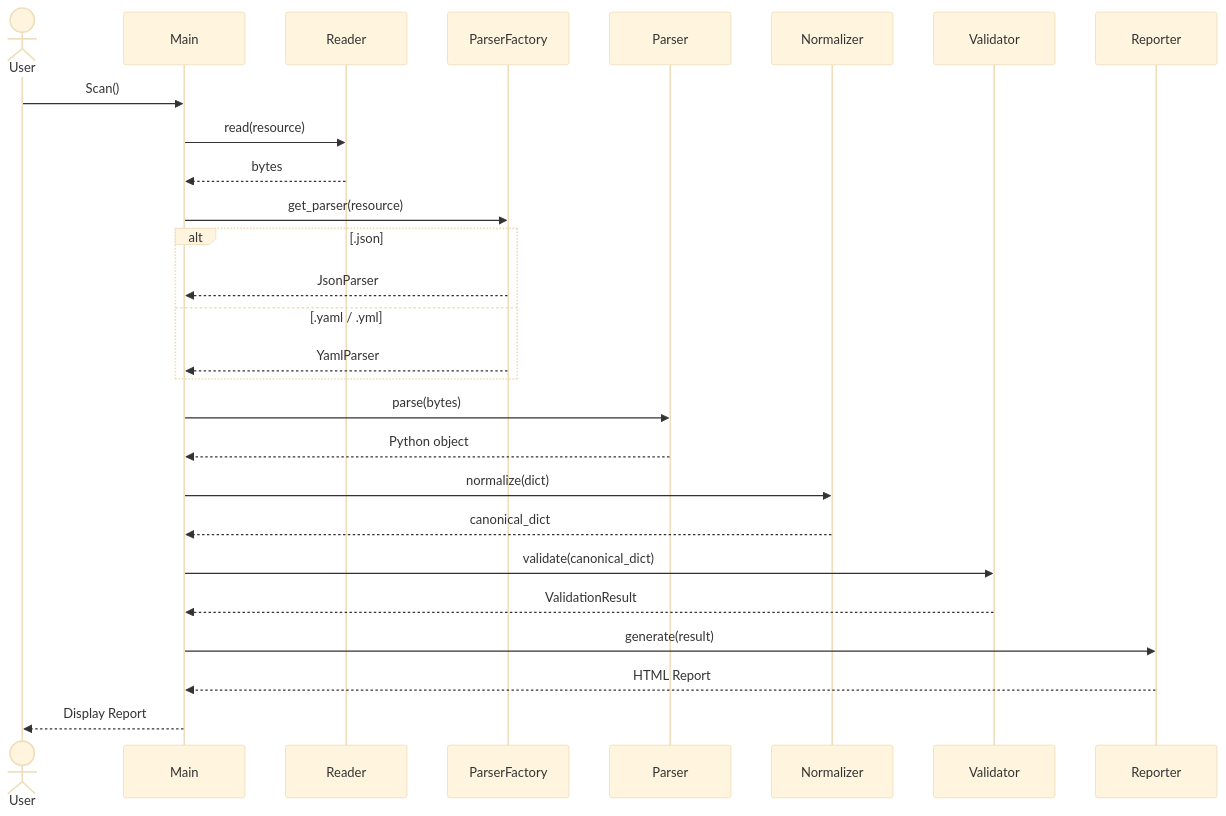
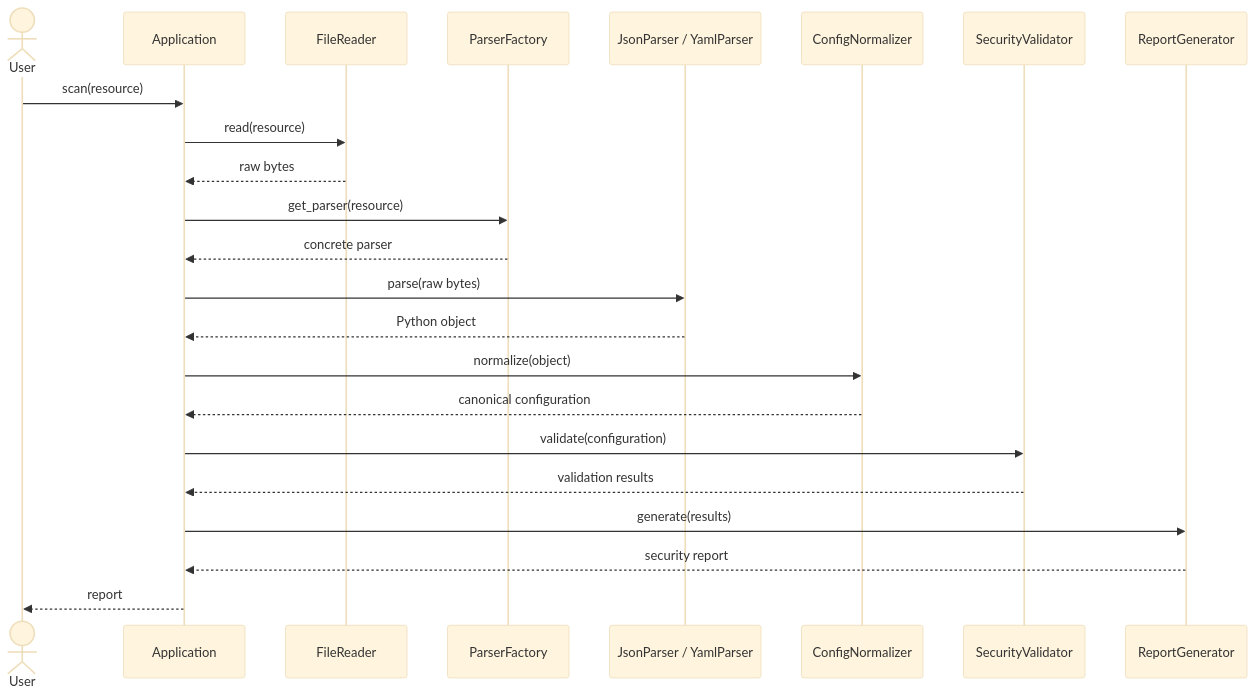
One commit to truongtranit/security-configuration-inspector changed the third of 3 diagrams in docs/architecture.md. Above: the diagram before and after it, drawn with Mermaid (base theme). The commit also changed other lines of this file and 4 other files, not shown here.

````diff
--- a/docs/architecture.md
+++ b/docs/architecture.md
@@ -112,45 +263,26 @@
-``` mermaid
+```mermaid
 sequenceDiagram
+    actor User
+    participant App as Application
+    participant Reader as FileReader
+    participant Factory as ParserFactory
+    participant Parser as JsonParser / YamlParser
+    participant Normalizer as ConfigNormalizer
+    participant Validator as SecurityValidator
+    participant Reporter as ReportGenerator
 
-    actor User
-
-    participant Main
-    participant Reader
-    participant ParserFactory
-    participant Parser
-    participant Normalizer
-    participant Validator
-    participant Reporter
-
-    User->>Main: Scan()
-
-    Main->>Reader: read(resource)
-
-    Reader-->>Main: bytes
-
-    Main->>ParserFactory: get_parser(resource)
-
-    alt .json
-        ParserFactory-->>Main: JsonParser
-    else .yaml / .yml
-        ParserFactory-->>Main: YamlParser
-    end
-
-    Main->>Parser: parse(bytes)
-
-    Parser-->>Main: Python object
-
-    Main->>Normalizer: normalize(dict)
-
-    Normalizer-->>Main: canonical_dict
-
-    Main->>Validator: validate(canonical_dict)
-
-    Validator-->>Main: ValidationResult
-
-    Main->>Reporter: generate(result)
-
-    Reporter-->>Main: HTML Report
-
-    Main-->>User: Display Report
+    User->>App: scan(resource)
+    App->>Reader: read(resource)
+    Reader-->>App: raw bytes
+    App->>Factory: get_parser(resource)
+    Factory-->>App: concrete parser
+    App->>Parser: parse(raw bytes)
+    Parser-->>App: Python object
+    App->>Normalizer: normalize(object)
+    Normalizer-->>App: canonical configuration
+    App->>Validator: validate(configuration)
+    Validator-->>App: validation results
+    App->>Reporter: generate(results)
+    Reporter-->>App: security report
+    App-->>User: report
 ```
````
